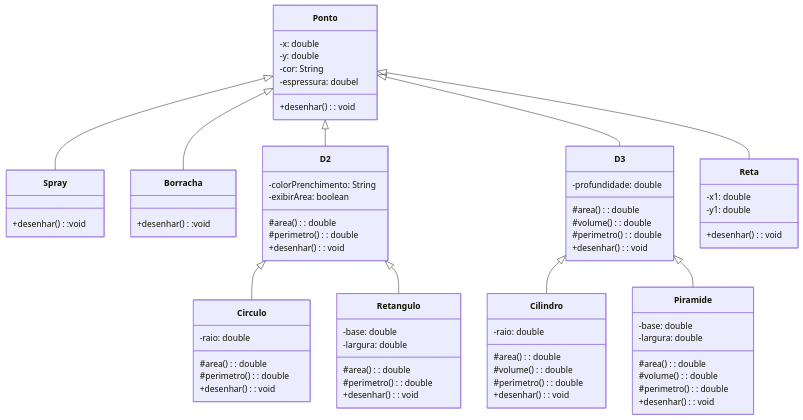
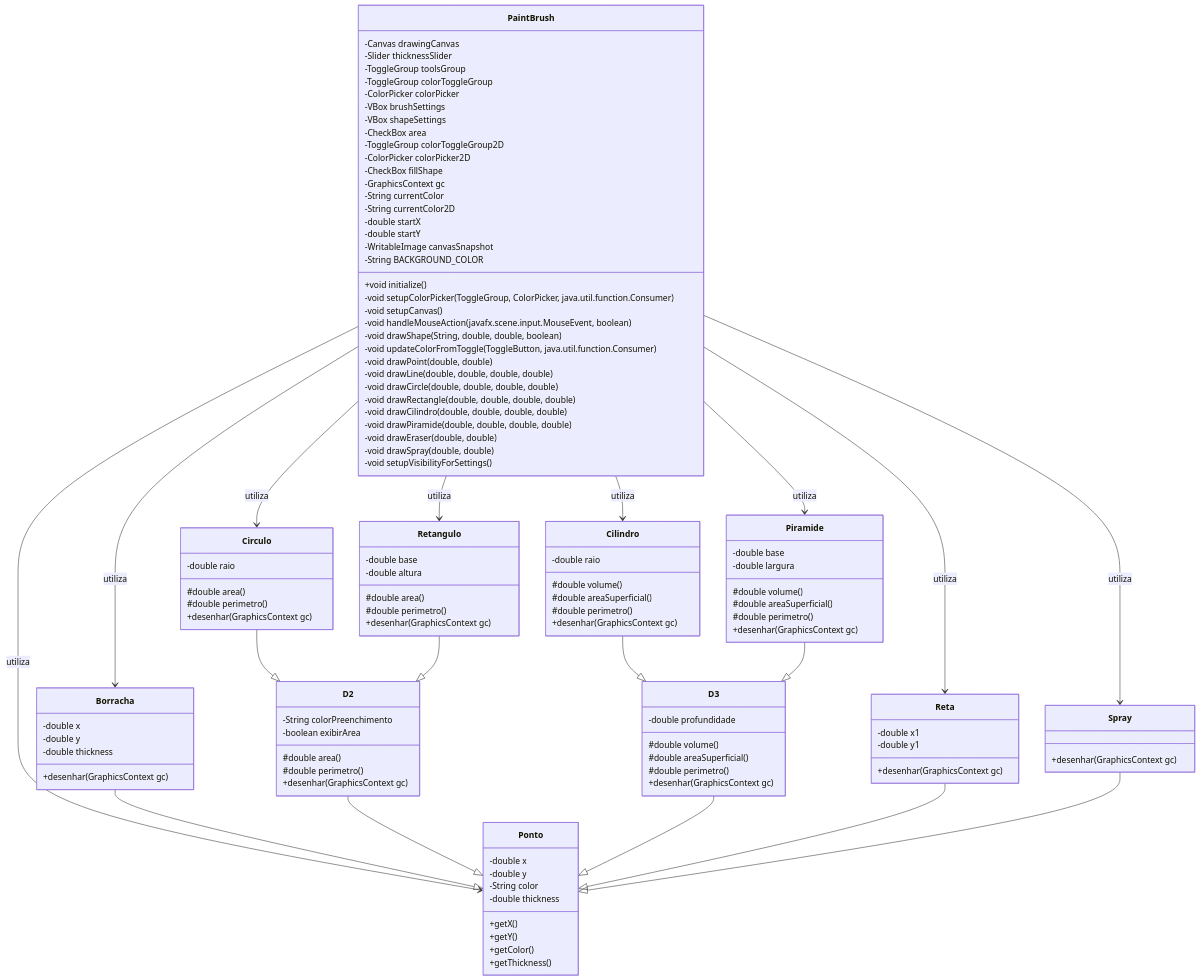
Before and after one commit to StephanyeCunto/PaintBrush: the diagram in README.md, drawn with Mermaid. The commit also changed 13 other files, not shown here.

````diff
--- a/README.md
+++ b/README.md
@@ -71,82 +71,135 @@
 ```mermaid
 classDiagram
-    class Ponto {
-        -x: double
-        -y: double
-        -cor: String
-         -espressura: doubel
-        +desenhar(): void
+    %% Agrupamento de classes
+    class PaintBrush {
+        -Canvas drawingCanvas
+        -Slider thicknessSlider
+        -ToggleGroup toolsGroup
+        -ToggleGroup colorToggleGroup
+        -ColorPicker colorPicker
+        -VBox brushSettings
+        -VBox shapeSettings
+        -CheckBox area
+        -ToggleGroup colorToggleGroup2D
+        -ColorPicker colorPicker2D
+        -CheckBox fillShape
+        -GraphicsContext gc
+        -String currentColor
+        -String currentColor2D
+        -double startX
+        -double startY
+        -WritableImage canvasSnapshot
+        -String BACKGROUND_COLOR
+        +void initialize()
+        -void setupColorPicker(ToggleGroup, ColorPicker, java.util.function.Consumer)
+        -void setupCanvas()
+        -void handleMouseAction(javafx.scene.input.MouseEvent, boolean)
+        -void drawShape(String, double, double, boolean)
+        -void updateColorFromToggle(ToggleButton, java.util.function.Consumer)
+        -void drawPoint(double, double)
+        -void drawLine(double, double, double, double)
+        -void drawCircle(double, double, double, double)
+        -void drawRectangle(double, double, double, double)
+        -void drawCilindro(double, double, double, double)
+        -void drawPiramide(double, double, double, double)
+        -void drawEraser(double, double)
+        -void drawSpray(double, double)
+        -void setupVisibilityForSettings()
     }
 
-class Spray{
-   +desenhar():void
-}
+    class Borracha {
+        -double x
+        -double y
+        -double thickness
+        +desenhar(GraphicsContext gc)
+    }
 
-class Borracha{
-   +desenhar():void
-}
+    class Cilindro {
+        -double raio
+        #double volume()
+        #double areaSuperficial()
+        #double perimetro()
+        +desenhar(GraphicsContext gc)
+    }
+
+    class Circulo {
+        -double raio
+        #double area()
+        #double perimetro()
+        +desenhar(GraphicsContext gc)
+    }
 
     class D2 {
-        -colorPrenchimento: String
-        -exibirArea: boolean
-        #area(): double
-        #perimetro(): double
-        +desenhar(): void
+        -String colorPreenchimento
+         -boolean exibirArea
+        #double area()
+        #double perimetro()
+        +desenhar(GraphicsContext gc)
     }
 
     class D3 {
-        -profundidade: double
-        #area(): double
-        #volume(): double
-        #perimetro(): double
-        +desenhar(): void
+        -double profundidade
+        #double volume()
+        #double areaSuperficial()
+        #double perimetro()
+        +desenhar(GraphicsContext gc)
+    }
+
+    class Ponto {
+        -double x
+        -double y
+        -String color
+        -double thickness
+        +getX()
+        +getY()
+        +getColor()
+        +getThickness()
+    }
+
+    class Piramide {
+        -double base
+        -double largura
+        #double volume()
+        #double areaSuperficial()
+        #double perimetro()
+        +desenhar(GraphicsContext gc)
     }
 
     class Reta {
-        -x1: double
-        -y1: double
-        +desenhar(): void
-    }
-
-    class Circulo {
-        -raio: double
-        #area(): double
-        #perimetro(): double
-        +desenhar(): void
+        -double x1
+        -double y1
+        +desenhar(GraphicsContext gc)
     }
 
     class Retangulo {
-        -base: double
-        -largura: double
-        #area(): double
-        #perimetro(): double
-        +desenhar(): void
+        -double base
+        -double altura
+        #double area()
+        #double perimetro()
+        +desenhar(GraphicsContext gc)
     }
 
-    class Cilindro {
-        -raio: double
-        #area(): double
-        #volume(): double
-        #perimetro(): double
-        +desenhar(): void
+    class Spray {
+        +desenhar(GraphicsContext gc)
     }
 
-    class Piramide {
-        -base: double
-        -largura: double
-        #area(): double
-        #volume(): double
-        #perimetro(): double
-        +desenhar(): void
-    }
+    %% Relacionamentos
+    PaintBrush --> Ponto : utiliza
+    PaintBrush --> Reta : utiliza
+    PaintBrush --> Circulo : utiliza
+    PaintBrush --> Retangulo : utiliza
+    PaintBrush --> Cilindro : utiliza
+    PaintBrush --> Piramide : utiliza
+    PaintBrush --> Borracha : utiliza
+    PaintBrush --> Spray : utiliza
 
-    Ponto <|-- D2
-    Ponto <|-- D3
-    Ponto <|-- Reta
-Ponto<|-- Spray
-   Ponto<|-- Borracha
-    D2 <|-- Circulo
-    D2 <|-- Retangulo
-    D3 <|-- Cilindro
-    D3 <|-- Piramide
+    Borracha --|> Ponto
+    Cilindro --|> D3
+    Circulo --|> D2
+    D2 --|> Ponto
+    D3 --|> Ponto
+    Piramide --|> D3
+    Reta --|> Ponto
+    Retangulo --|> D2
+    Spray --|> Ponto
 ```
````
